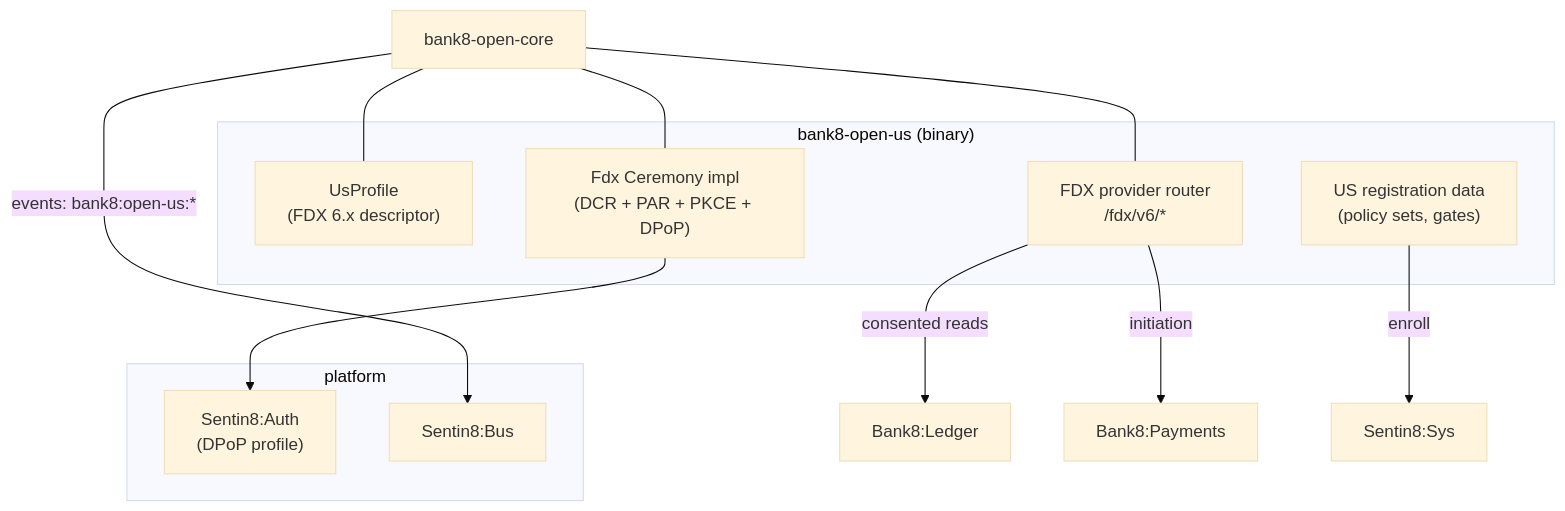
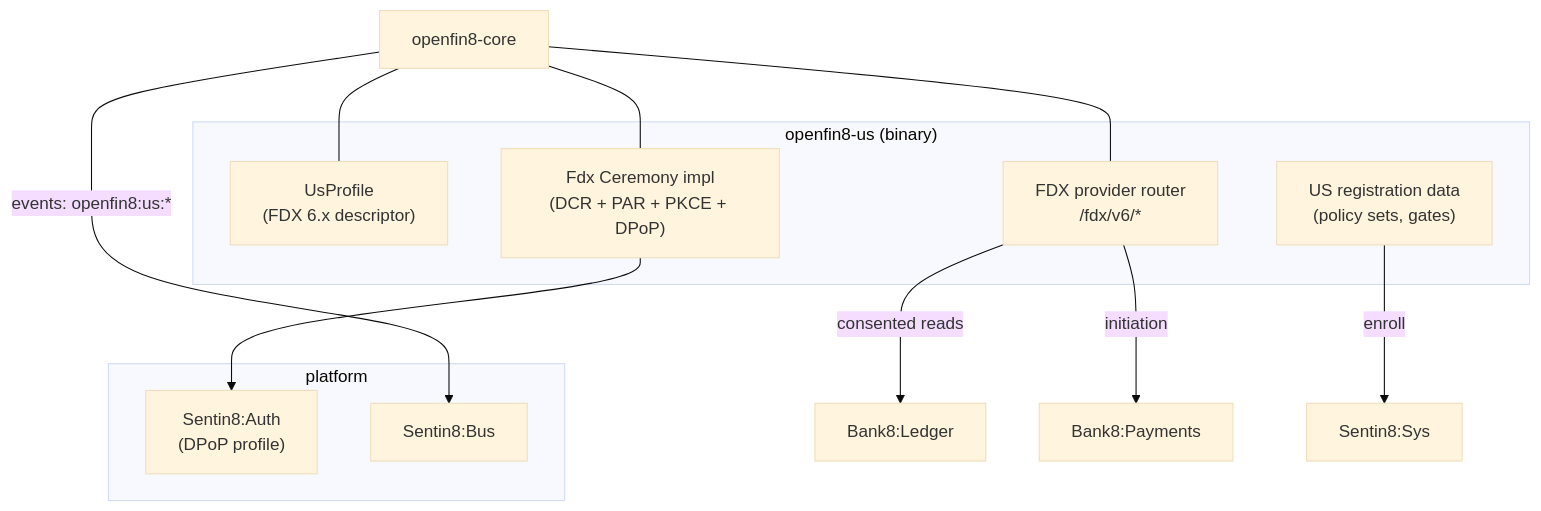
One commit to OpenFin8/openfin8-us changed the diagram in DESIGN.md. Above: the diagram before and after it, drawn with Mermaid (base theme). The commit also changed other lines of this file and 17 other files, not shown here.

First line of the commit message:
OBVERT-2: the OpenFin8 vertical identity - openfin8-us

````diff
--- a/DESIGN.md
+++ b/DESIGN.md
@@ -71,22 +71,22 @@
 ```mermaid
 graph TD
-    subgraph bank8["bank8-open-us (binary)"]
+    subgraph bank8["openfin8-us (binary)"]
         PROF["UsProfile<br/>(FDX 6.x descriptor)"]
         CER["Fdx Ceremony impl<br/>(DCR + PAR + PKCE + DPoP)"]
         WIRE["FDX provider router<br/>/fdx/v6/*"]
         REG["US registration data<br/>(policy sets, gates)"]
     end
-    CORE["bank8-open-core"]
+    CORE["openfin8-core"]
     subgraph platform
         AUTH["Sentin8:Auth<br/>(DPoP profile)"]
         BUS["Sentin8:Bus"]
     end
     LEDGER["Bank8:Ledger"]
     PAY["Bank8:Payments"]
     CORE --- PROF & CER & WIRE
     REG -->|"enroll"| SYS["Sentin8:Sys"]
     CER --> AUTH
     WIRE -->|"consented reads"| LEDGER
     WIRE -->|"initiation"| PAY
-    CORE -->|"events: bank8:open-us:*"| BUS
+    CORE -->|"events: openfin8:us:*"| BUS
 ```
````
